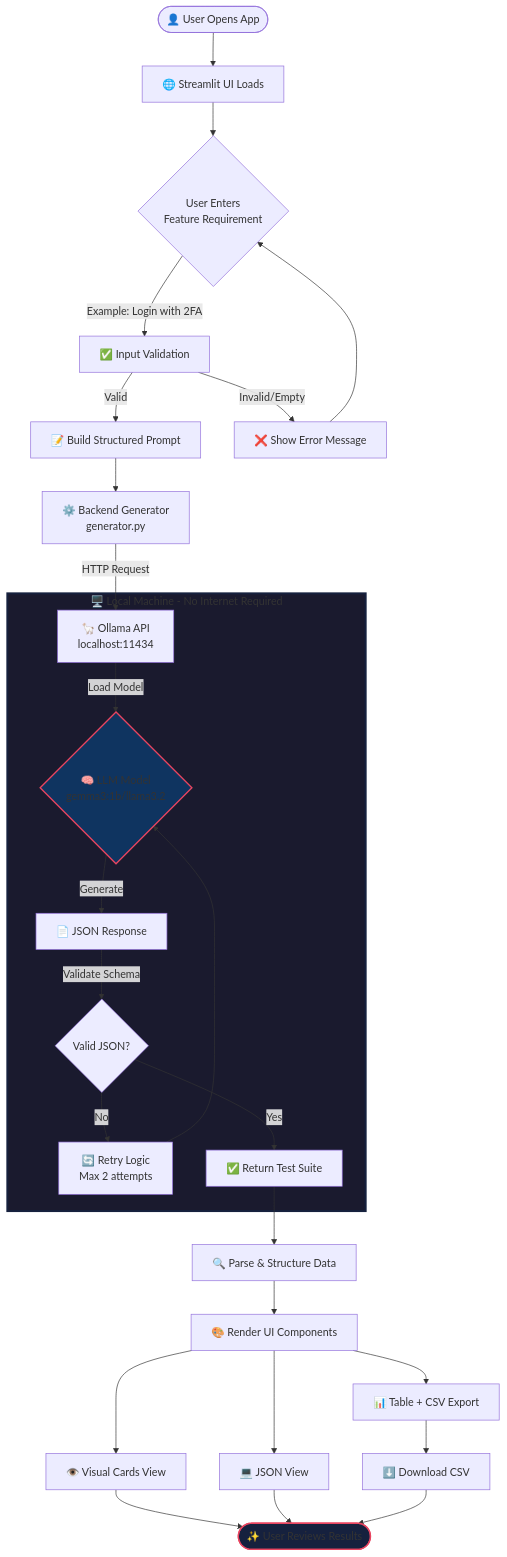
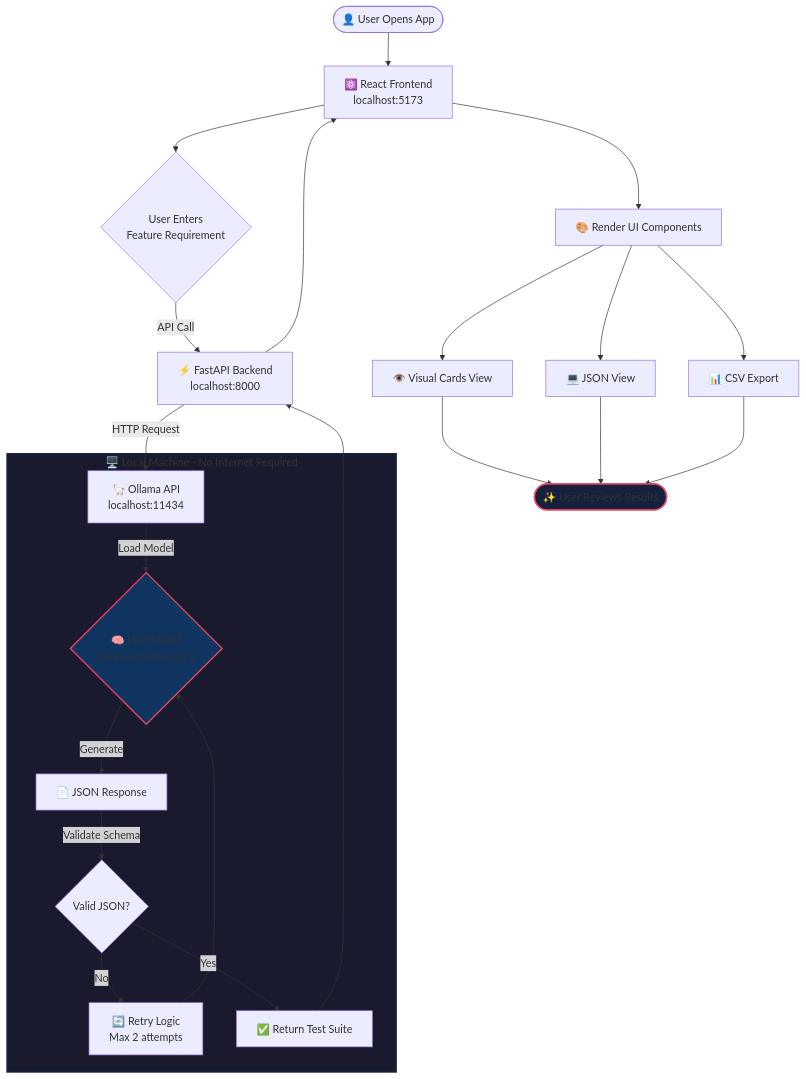
Before and after one commit to nileshjanawade/AI-Tester-Blueprint-Projects: the diagram in README.md, drawn with Mermaid. The commit also changed other lines of this file and 15 other files, not shown here.

Commit message:
Complete transition to React + FastAPI stack, update README and architecture

````diff
--- a/README.md
+++ b/README.md
@@ -9,38 +9,34 @@
 ```mermaid
 flowchart TB
-    Start([👤 User Opens App]) --> UI[🌐 Streamlit UI Loads]
+    Start([👤 User Opens App]) --> UI[⚛️ React Frontend<br/>localhost:5173]
     UI --> Input{User Enters<br/>Feature Requirement}
     
-    Input -->|Example: Login with 2FA| Validate[✅ Input Validation]
-    Validate -->|Valid| Prompt[📝 Build Structured Prompt]
-    Validate -->|Invalid/Empty| Error1[❌ Show Error Message]
-    Error1 --> Input
-    
-    Prompt --> Backend[⚙️ Backend Generator<br/>generator.py]
-    Backend -->|HTTP Request| Ollama[🦙 Ollama API<br/>localhost:11434]
+    Input -->|API Call| FastAPI[⚡ FastAPI Backend<br/>localhost:8000]
+    FastAPI -->|HTTP Request| Ollama[🦙 Ollama API<br/>localhost:11434]
     
     subgraph Local_Machine[🖥️ Local Machine - No Internet Required]
         Ollama -->|Load Model| Model{🧠 LLM Model<br/>gemma3:1b/llama3.2}
         Model -->|Generate| Response[📄 JSON Response]
         Response -->|Validate Schema| Check{Valid JSON?}
         Check -->|No| Retry[🔄 Retry Logic<br/>Max 2 attempts]
         Retry --> Model
         Check -->|Yes| Return[✅ Return Test Suite]
     end
     
-    Return --> Parse[🔍 Parse & Structure Data]
-    Parse --> Display[🎨 Render UI Components]
+    Return --> FastAPI
+    FastAPI --> UI
+    
+    UI --> Display[🎨 Render UI Components]
     
     Display --> Tab1[👁️ Visual Cards View]
     Display --> Tab2[💻 JSON View]
-    Display --> Tab3[📊 Table + CSV Export]
+    Display --> Export[📊 CSV Export]
     
     Tab1 --> End([✨ User Reviews Results])
     Tab2 --> End
-    Tab3 --> Download[⬇️ Download CSV]
-    Download --> End
+    Export --> End
     
     style Local_Machine fill:#1a1a2e,stroke:#16213e,stroke-width:3px
     style Model fill:#0f3460,stroke:#e94560,stroke-width:2px
     style End fill:#16213e,stroke:#e94560,stroke-width:2px
 ```
````
